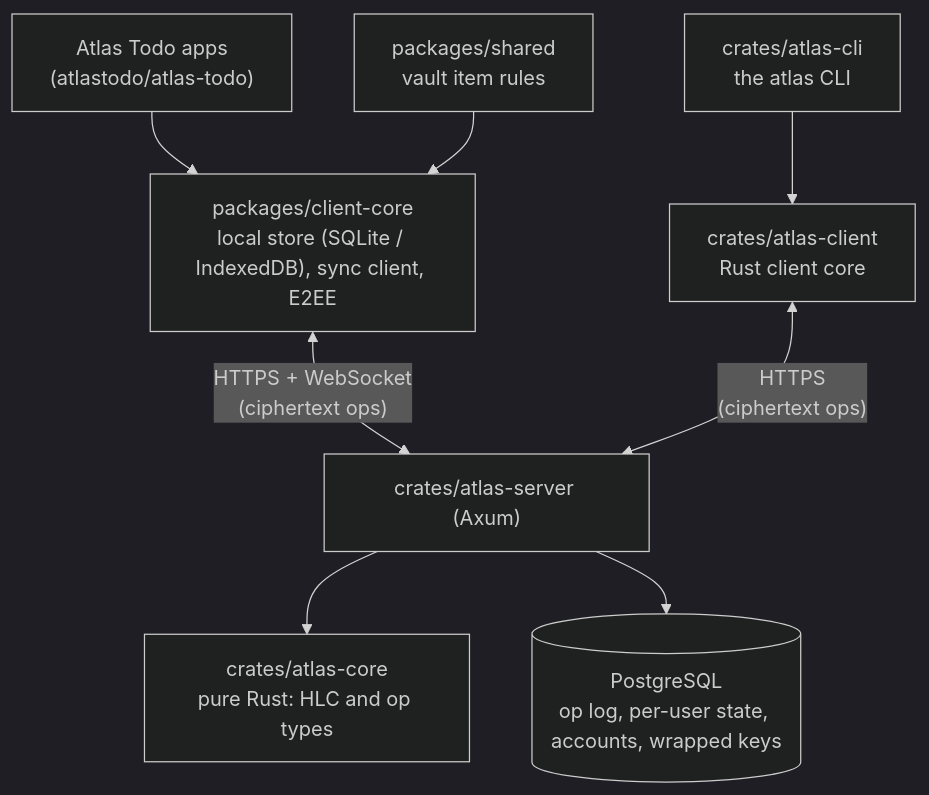
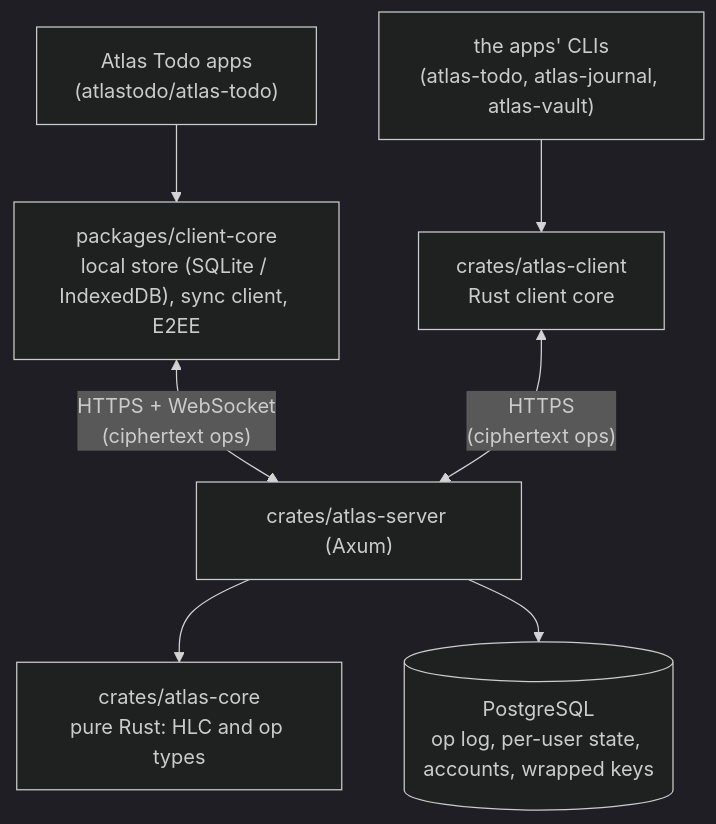
The diagram in README.md (atlastodo/atlas), drawn with Mermaid (dark theme) before and after one commit. The commit also changed other lines of this file and 56 other files, not shown here.

First line of the commit message:
feat!: move Atlas Journal's and Atlas Vault's rules out of core

````diff
--- a/README.md
+++ b/README.md
@@ -42,19 +41,17 @@
 ```mermaid
 flowchart TB
   apps["Atlas Todo apps<br/>(atlastodo/atlas-todo)"]
-  cli["crates/atlas-cli<br/>the atlas CLI"]
+  cli["the apps' CLIs<br/>(atlas-todo, atlas-journal, atlas-vault)"]
   core["packages/client-core<br/>local store (SQLite / IndexedDB), sync client, E2EE"]
-  shared["packages/shared<br/>vault item rules"]
   rclient["crates/atlas-client<br/>Rust client core"]
   server["crates/atlas-server (Axum)"]
   atlascore["crates/atlas-core<br/>pure Rust: HLC and op types"]
   db[("PostgreSQL<br/>op log, per-user state, accounts, wrapped keys")]
 
   apps --> core
-  shared --> core
   cli --> rclient
   core <-->|"HTTPS + WebSocket<br/>(ciphertext ops)"| server
   rclient <-->|"HTTPS<br/>(ciphertext ops)"| server
   server --> atlascore
   server --> db
 ```
````
